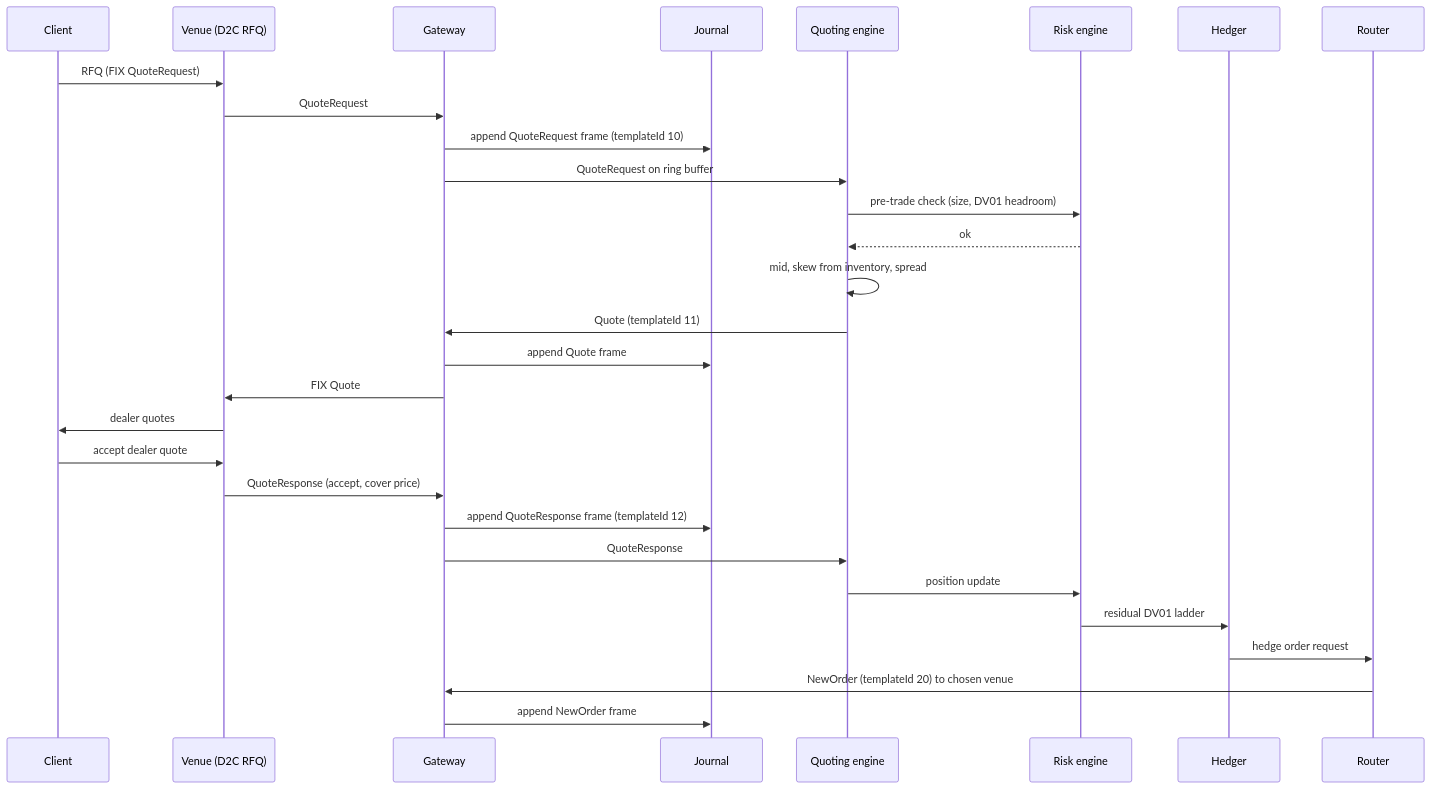
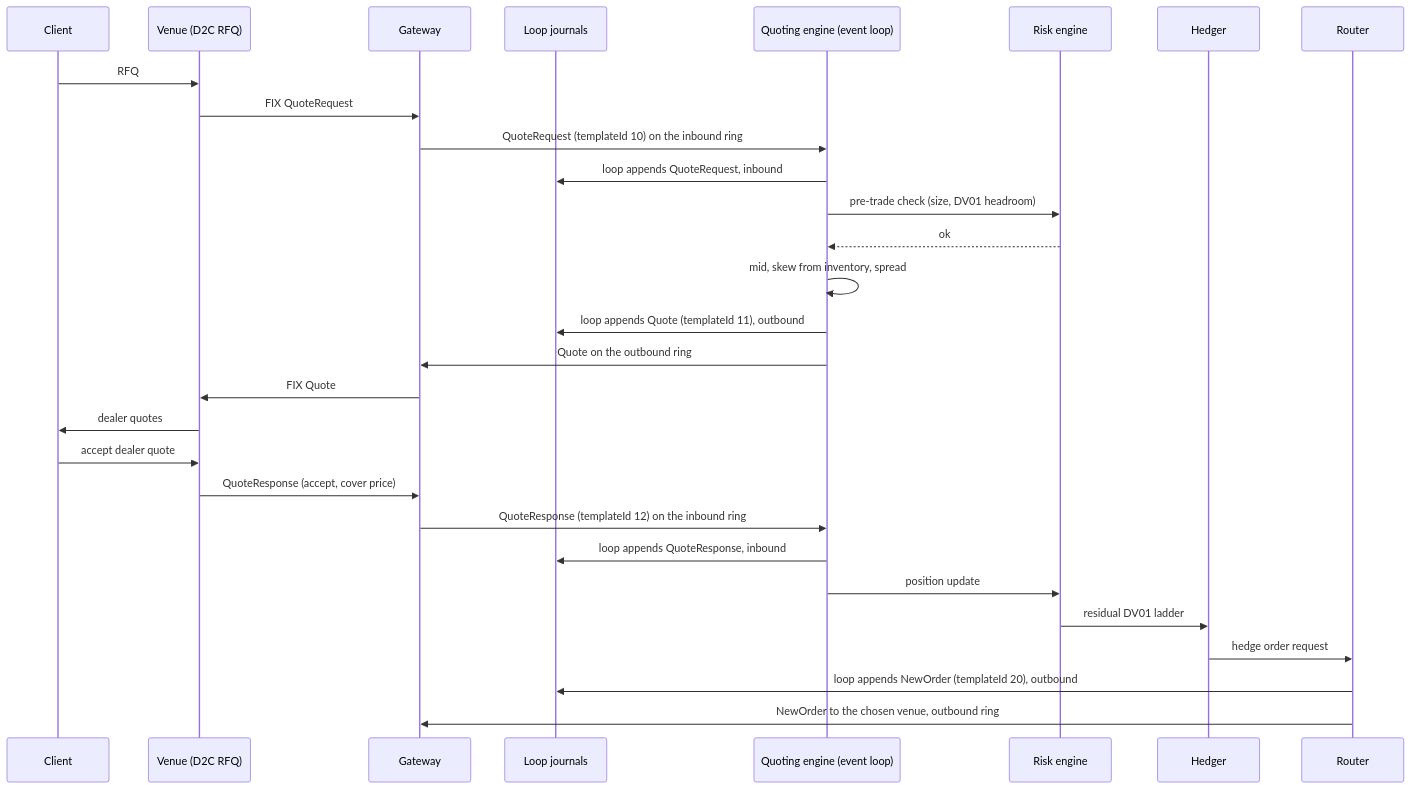
The diagram in docs/diagrams/rfq_sequence.mmd (AshJha0/rates-algo-trading), drawn with Mermaid before and after one commit. The commit also changed 32 other files, not shown here.

Commit message:
docs: audit against the code at HEAD; README entry, order lifecycle, v2 process, pricing path and six diagrams

```diff
--- a/docs/diagrams/rfq_sequence.mmd
+++ b/docs/diagrams/rfq_sequence.mmd
@@ -1,30 +1,30 @@
 sequenceDiagram
   participant C as Client
   participant V as Venue (D2C RFQ)
   participant G as Gateway
-  participant J as Journal
-  participant Q as Quoting engine
+  participant J as Loop journals
+  participant Q as Quoting engine (event loop)
   participant R as Risk engine
   participant H as Hedger
   participant S as Router
 
-  C->>V: RFQ (FIX QuoteRequest)
-  V->>G: QuoteRequest
-  G->>J: append QuoteRequest frame (templateId 10)
-  G->>Q: QuoteRequest on ring buffer
+  C->>V: RFQ
+  V->>G: FIX QuoteRequest
+  G->>Q: QuoteRequest (templateId 10) on the inbound ring
+  Q->>J: loop appends QuoteRequest, inbound
   Q->>R: pre-trade check (size, DV01 headroom)
   R-->>Q: ok
   Q->>Q: mid, skew from inventory, spread
-  Q->>G: Quote (templateId 11)
-  G->>J: append Quote frame
+  Q->>J: loop appends Quote (templateId 11), outbound
+  Q->>G: Quote on the outbound ring
   G->>V: FIX Quote
   V->>C: dealer quotes
   C->>V: accept dealer quote
   V->>G: QuoteResponse (accept, cover price)
-  G->>J: append QuoteResponse frame (templateId 12)
-  G->>Q: QuoteResponse
+  G->>Q: QuoteResponse (templateId 12) on the inbound ring
+  Q->>J: loop appends QuoteResponse, inbound
   Q->>R: position update
   R->>H: residual DV01 ladder
   H->>S: hedge order request
-  S->>G: NewOrder (templateId 20) to chosen venue
-  G->>J: append NewOrder frame
+  S->>J: loop appends NewOrder (templateId 20), outbound
+  S->>G: NewOrder to the chosen venue, outbound ring
```
